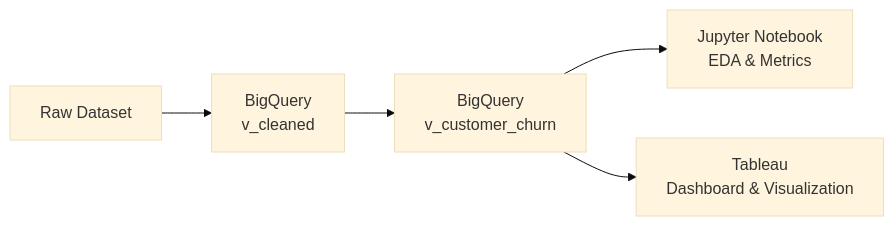
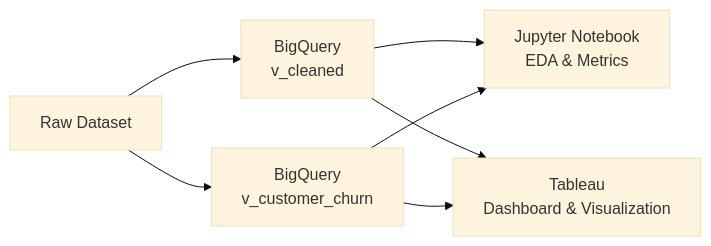
One commit to TaniaHorbachova/E-commerce_analysis_project changed the diagram in README.md. Above: the diagram before and after it, drawn with Mermaid (base theme).

````diff
--- a/README.md
+++ b/README.md
@@ -42,7 +42,11 @@
 ```mermaid
 flowchart LR
     A[Raw Dataset] --> B[BigQuery<br>v_cleaned]
-    B --> C[BigQuery<br>v_customer_churn]
-    C --> D[Jupyter Notebook<br>EDA & Metrics]
-    C --> E[Tableau<br>Dashboard & Visualization]
+    A --> C[BigQuery<br>v_customer_churn]
+
+    B --> D[Jupyter Notebook<br>EDA & Metrics]
+    C --> D
+
+    B --> E[Tableau<br>Dashboard & Visualization]
+    C --> E
 ```
````
